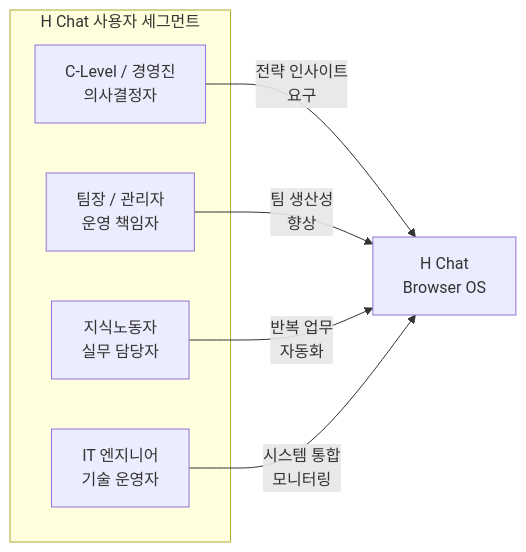
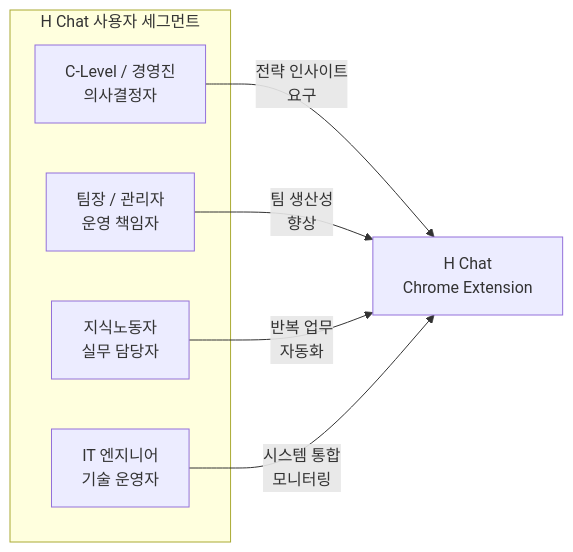
The fifth of 10 diagrams in docs/SERVICE_PLAN_01_OVERVIEW.md (sgtlim0/sgtlim0.github.io), drawn with Mermaid before and after one commit. The commit also changed other lines of this file and 3 other files, not shown here.

First line of the commit message:
docs: 서비스 기획서 Chrome Extension 전용으로 업데이트 (Part 0,1,3,4)

````diff
--- a/docs/SERVICE_PLAN_01_OVERVIEW.md
+++ b/docs/SERVICE_PLAN_01_OVERVIEW.md
@@ -187,13 +223,13 @@
 ```mermaid
 graph LR
     subgraph "H Chat 사용자 세그먼트"
         A["C-Level / 경영진<br/>의사결정자"]
         B["팀장 / 관리자<br/>운영 책임자"]
         C["지식노동자<br/>실무 담당자"]
         D["IT 엔지니어<br/>기술 운영자"]
     end
-    A -->|"전략 인사이트<br/>요구"| E["H Chat<br/>Browser OS"]
+    A -->|"전략 인사이트<br/>요구"| E["H Chat<br/>Chrome Extension"]
     B -->|"팀 생산성<br/>향상"| E
     C -->|"반복 업무<br/>자동화"| E
     D -->|"시스템 통합<br/>모니터링"| E
 ```
````
